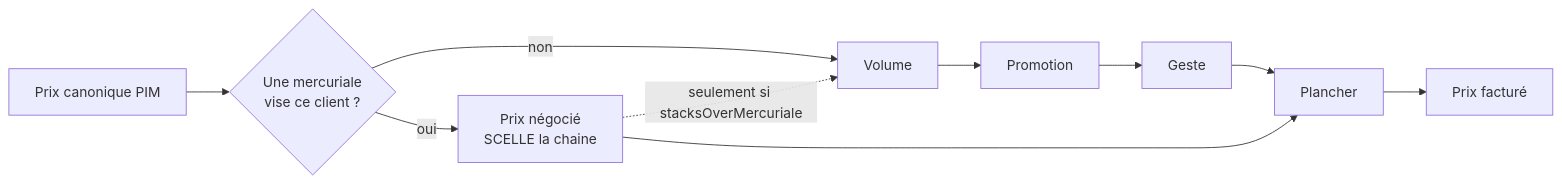
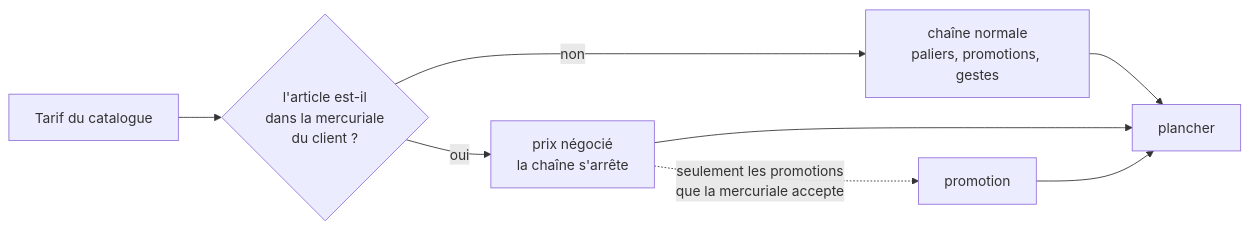
The first of 2 diagrams in documentation/pricing/mercuriales/comprendre-une-mercuriale.md (hugoheynard/lfd), drawn with Mermaid before and after one commit. The commit also changed other lines of this file and 1 other file, not shown here.

First line of the commit message:
docs(pricing): comprendre une mercuriale, réécrit contre le code

````diff
--- a/documentation/pricing/mercuriales/comprendre-une-mercuriale.md
+++ b/documentation/pricing/mercuriales/comprendre-une-mercuriale.md
@@ -58,8 +20,10 @@
 ```mermaid
 flowchart LR
-  C[Prix canonique PIM] --> M{Une mercuriale<br/>vise ce client ?}
-  M -- non --> V[Volume] --> P[Promotion] --> G[Geste] --> F[Plancher] --> X[Prix facturé]
-  M -- oui --> S[Prix négocié<br/>SCELLE la chaine]
-  S -.->|seulement si stacksOverMercuriale| V
-  S --> F
+  T["Tarif du catalogue"] --> Q{"l'article est-il<br/>dans la mercuriale<br/>du client ?"}
+  Q -->|non| C["chaîne normale<br/>paliers, promotions, gestes"]
+  Q -->|oui| M["prix négocié<br/>la chaîne s'arrête"]
+  M -.->|"seulement les promotions<br/>que la mercuriale accepte"| P["promotion"]
+  C --> F["plancher"]
+  M --> F
+  P --> F
 ```
````
